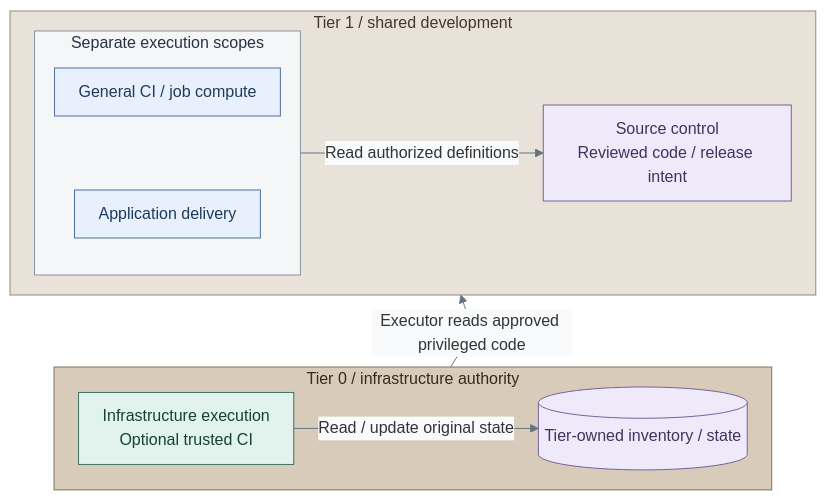
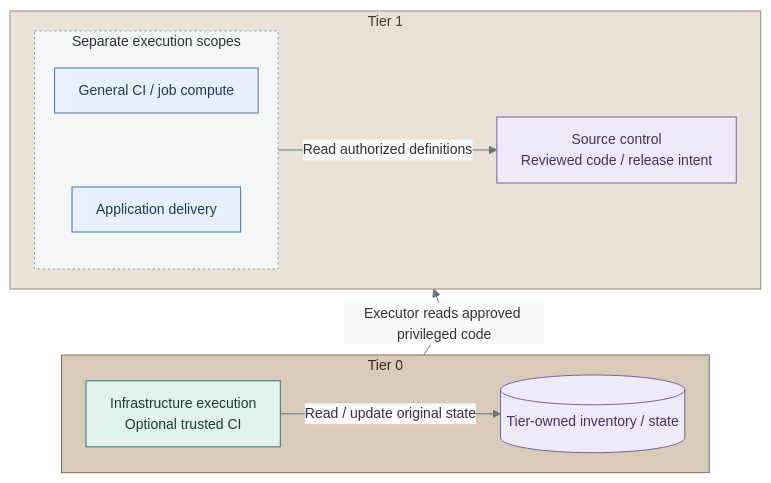
The first of 2 diagrams in docs/01-architecture/10-delivery/03-development-platform.md (Rexus/homelab), drawn with Mermaid before and after one commit. The commit also changed 124 other files, not shown here.

First line of the commit message:
fix(platform): align service diagrams and directory failover

````diff
--- a/docs/01-architecture/10-delivery/03-development-platform.md
+++ b/docs/01-architecture/10-delivery/03-development-platform.md
@@ -18,37 +9,37 @@
 ```mermaid
-%%{init: {"theme":"base","flowchart":{"nodeSpacing":20,"rankSpacing":24,"padding":12},"themeVariables":{"lineColor":"#627581","edgeLabelBackground":"#f8fafc"}}}%%
+%%{init: {"theme":"base","flowchart":{"nodeSpacing":20,"rankSpacing":24,"padding":12},"themeVariables":{"lineColor":"#627581","edgeLabelBackground":"#f8fafc","fontFamily":"Arial, sans-serif","fontSize":"14px"},"fontFamily":"Arial, sans-serif"}}%%
 flowchart BT
-  subgraph T1["Tier 1 / shared development"]
+  subgraph T1["Tier 1"]
     direction LR
     subgraph Consumers["Separate execution scopes"]
       direction TB
       CI["General CI / job compute"]
       Delivery["Application delivery"]
       CI ~~~ Delivery
     end
     Source["Source control<br/>Reviewed code / release intent"]
     Consumers -->|Read authorized definitions| Source
   end
-  subgraph T0["Tier 0 / infrastructure authority"]
+  subgraph T0["Tier 0"]
     direction LR
     Executor["Infrastructure execution<br/>Optional trusted CI"]
     State[("Tier-owned inventory / state")]
     Executor -->|Read / update original state| State
   end
   T0 ~~~ T1
   T0 -->|Executor reads approved privileged code| T1
   classDef default fill:#f8fafc,stroke:#64748b,color:#1f2937
   classDef boundary fill:#eef2f6,stroke:#64748b,color:#1f2937
   classDef services fill:#e7f0fc,stroke:#4d719b,color:#203a5b
   classDef control fill:#e2f3ed,stroke:#397366,color:#173f36
   classDef data fill:#eeeafa,stroke:#78639b,color:#42325d
   class CI,Delivery services
-  classDef group fill:#f5f6f7,stroke:#89939e,color:#273340
+  classDef group fill:#f5f6f7,stroke:#89939e,color:#273340,stroke-dasharray:2 3
   class Consumers group
   class Executor control
   class Source,State data
   classDef tier0 fill:#d8cbb9,stroke:#83715a,color:#352a1e
   class T0 tier0
   classDef tier1 fill:#e9e2d8,stroke:#968976,color:#44382a
   class T1 tier1
 ```
````
